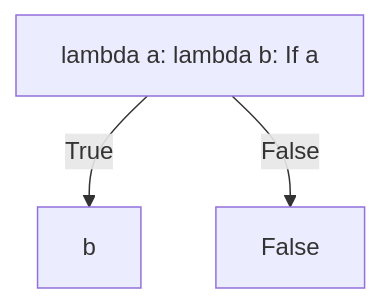
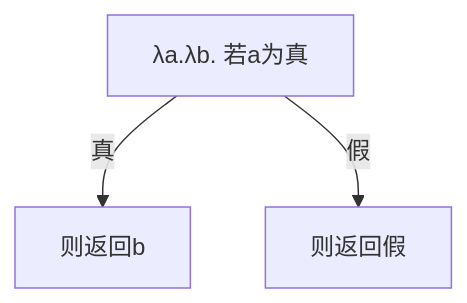
One commit to makabaka1880/makabaka1880 changed the diagram in src/CS/theoretical/lambdacalculus.md. Above: the diagram before and after it, drawn with Mermaid. The commit also changed other lines of this file and 21 other files, not shown here.

````diff
--- a/src/CS/theoretical/lambdacalculus.md
+++ b/src/CS/theoretical/lambdacalculus.md
@@ -256,6 +256,6 @@
 ```mermaid
 graph TD;
-    A["lambda a: lambda b: If a"]
-    A -->|True| B["b"]
-    A -->|False| E["False"]
+    A["λa.λb. 若a为真"]
+    A -->|真| B["则返回b"]
+    A -->|假| E["则返回假"]
 ```
````
